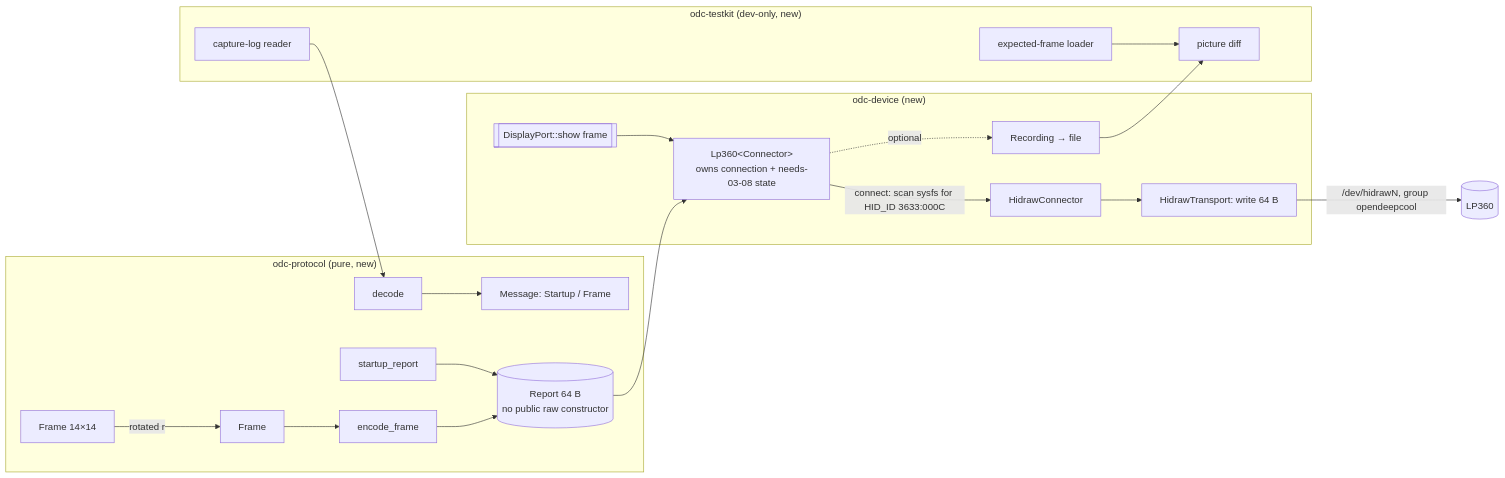
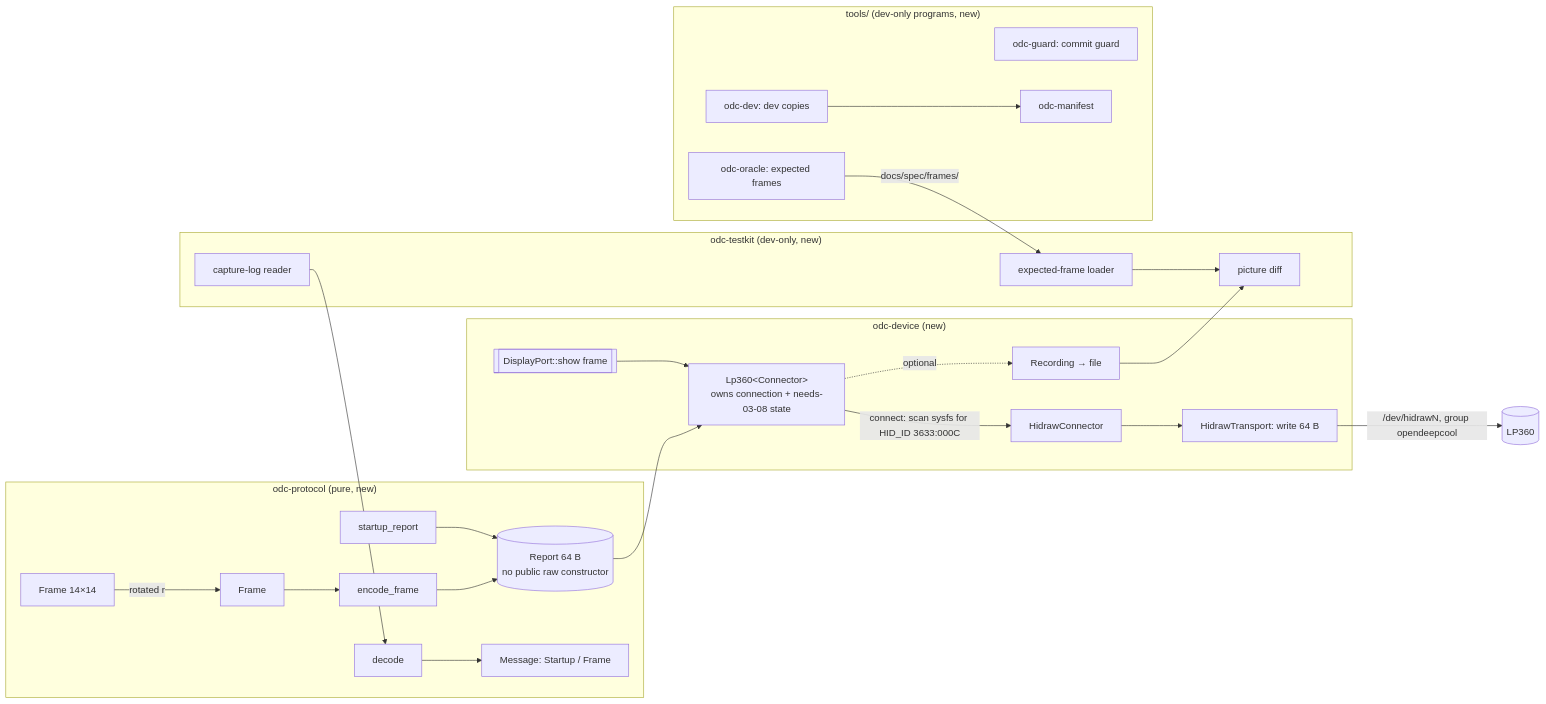
One commit to dtmarangoni/OpenDeepCool changed the diagram in docs/prp/plans/phase-5-device-protocol-core.plan.md. Above: the diagram before and after it, drawn with Mermaid. The commit also changed other lines of this file and 22 other files, not shown here.

````diff
--- a/docs/prp/plans/phase-5-device-protocol-core.plan.md
+++ b/docs/prp/plans/phase-5-device-protocol-core.plan.md
@@ -110,24 +114,30 @@
 ```mermaid
 flowchart LR
   subgraph proto["odc-protocol (pure, new)"]
     F[Frame 14×14] -->|rotated r| F2[Frame]
     F2 --> E[encode_frame]
     S[startup_report] --> R[(Report 64 B<br/>no public raw constructor)]
     E --> R
     D[decode] --> M[Message: Startup / Frame]
   end
   subgraph dev["odc-device (new)"]
     P[[DisplayPort::show frame]] --> L[Lp360&lt;Connector&gt;<br/>owns connection + needs-03-08 state]
     L -->|connect: scan sysfs for HID_ID 3633:000C| C[HidrawConnector]
     C --> T[HidrawTransport: write 64 B]
     L -. optional .-> Rec[Recording → file]
   end
   subgraph kit["odc-testkit (dev-only, new)"]
     X[expected-frame loader] --> Diff[picture diff]
     Cap[capture-log reader]
   end
+  subgraph tools["tools/ (dev-only programs, new)"]
+    O[odc-oracle: expected frames]
+    G[odc-guard: commit guard]
+    DV[odc-dev: dev copies] --> MF[odc-manifest]
+  end
+  O -->|docs/spec/frames/| X
   R --> L
   T -->|/dev/hidrawN, group opendeepcool| HW[(LP360)]
   Rec --> Diff
   Cap --> D
 ```
````
